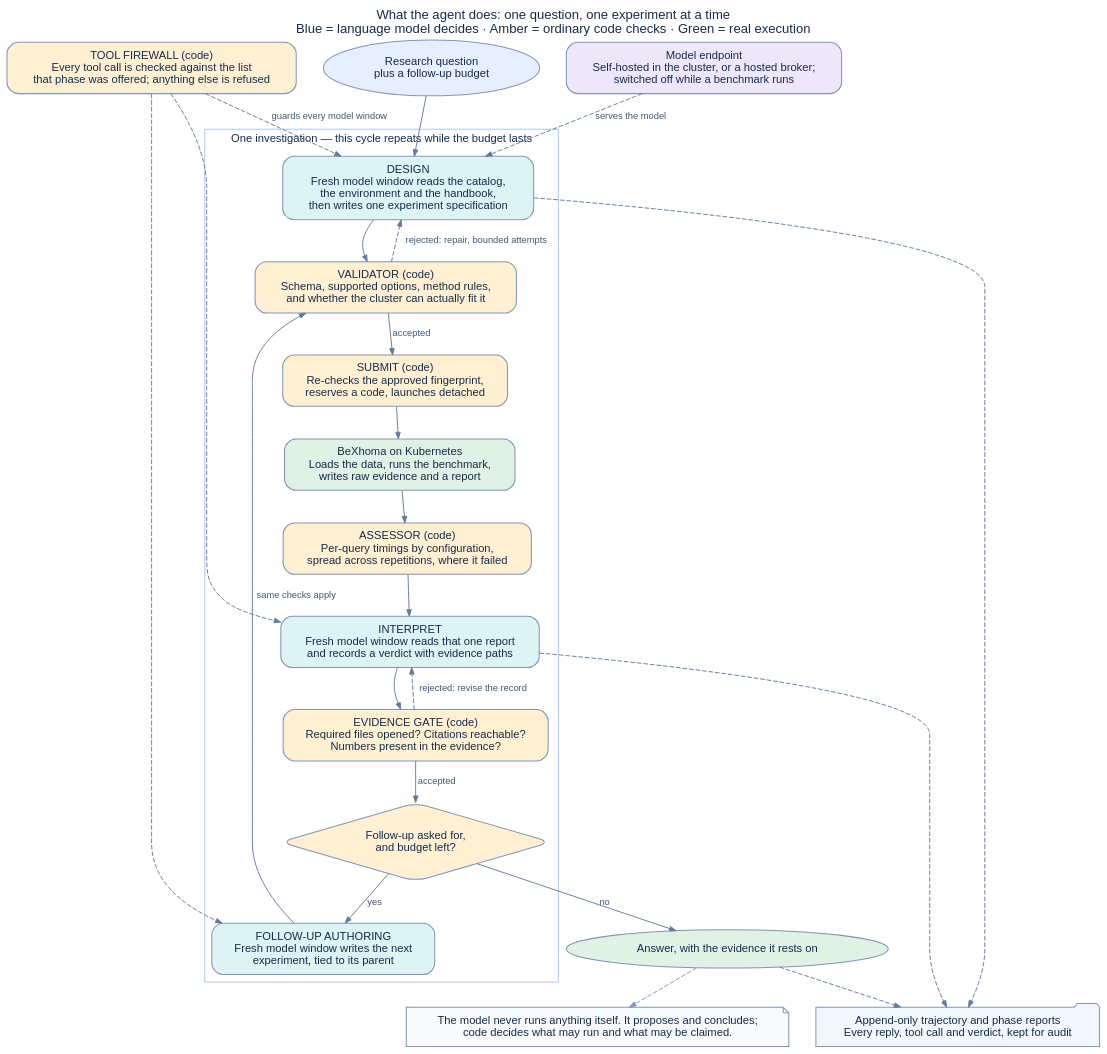
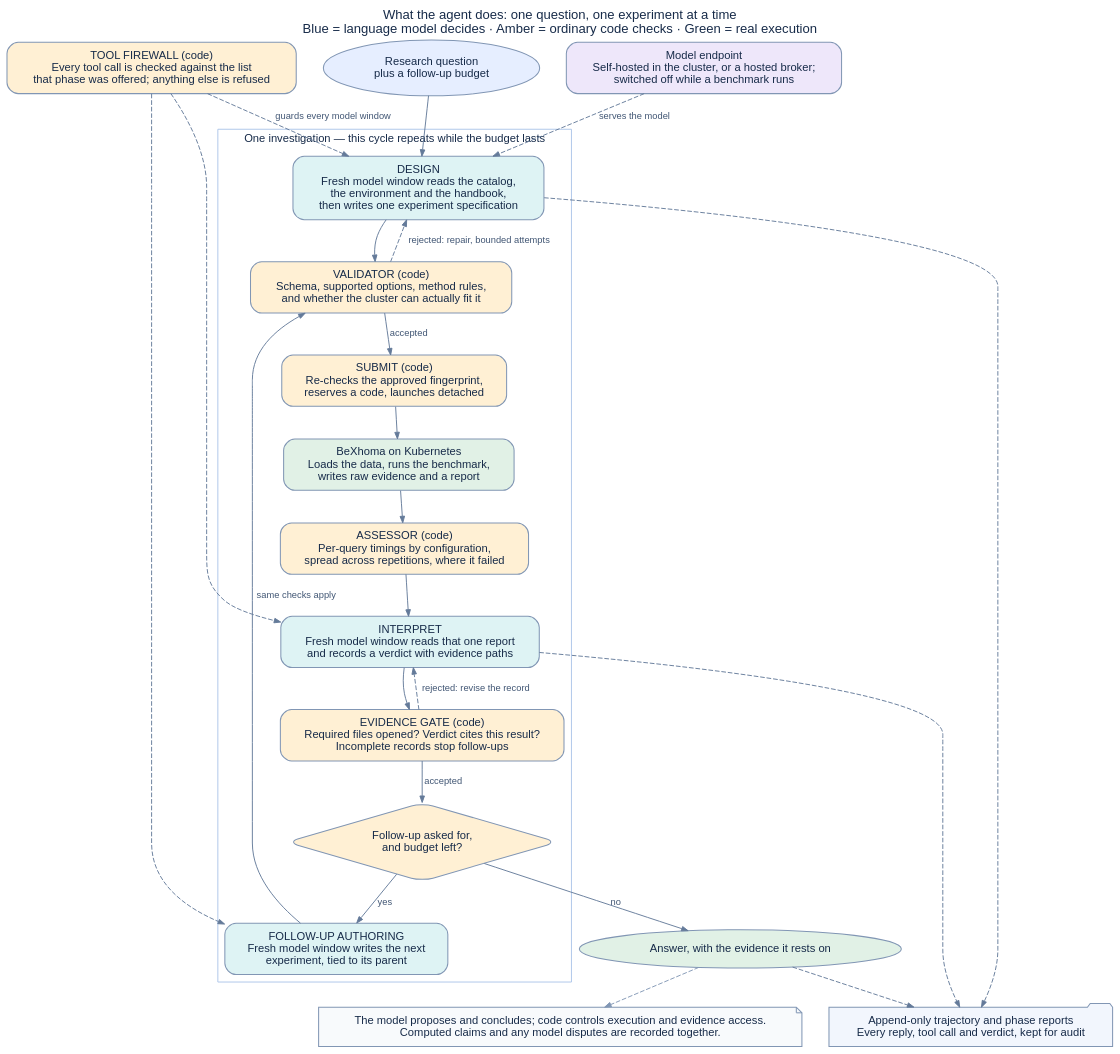
One commit to Beuth-Erdelt/Benchmark-Experiment-Host-Manager changed the diagram in agent/diagrams/agent-overview.dot. Above: the diagram before and after it, drawn with Graphviz. The commit also changed 12 other files, not shown here.

```diff
--- a/agent/diagrams/agent-overview.dot
+++ b/agent/diagrams/agent-overview.dot
@@ -1,60 +1,60 @@
 digraph AgentOverview {
 graph [bgcolor="transparent", pad="0.25", nodesep="0.40", ranksep="0.46", fontname="Helvetica", fontsize=13, compound=true];
 node [shape=box, style="rounded,filled", fillcolor="#F2F6FD", color="#8196B4", fontcolor="#172B49", fontname="Helvetica", fontsize=12, margin="0.16,0.11", penwidth=1.1];
 edge [color="#647A99", fontcolor="#415674", fontname="Helvetica", fontsize=10, arrowsize=0.7];
 
     rankdir=TB;
     labelloc="t";
     label="What the agent does: one question, one experiment at a time\nBlue = language model decides · Amber = ordinary code checks · Green = real execution\n";
     fontsize=14;
     fontcolor="#172B49";
 
     question [label="Research question\nplus a follow-up budget", shape=oval, fillcolor="#E6EEFF"];
 
     // The model only ever sees a phase's own window; code carries state between them.
     subgraph cluster_loop {
       label="One investigation — this cycle repeats while the budget lasts";
       color="#ACC4E9"; fontsize=12;
 
       design [label="DESIGN\nFresh model window reads the catalog,\nthe environment and the handbook,\nthen writes one experiment specification", fillcolor="#DEF3F4"];
       validate [label="VALIDATOR (code)\nSchema, supported options, method rules,\nand whether the cluster can actually fit it", fillcolor="#FFF0D4"];
       submit [label="SUBMIT (code)\nRe-checks the approved fingerprint,\nreserves a code, launches detached", fillcolor="#FFF0D4"];
       execute [label="BeXhoma on Kubernetes\nLoads the data, runs the benchmark,\nwrites raw evidence and a report", fillcolor="#E1F1E6"];
       assess [label="ASSESSOR (code)\nPer-query timings by configuration,\nspread across repetitions, where it failed", fillcolor="#FFF0D4"];
       interpret [label="INTERPRET\nFresh model window reads that one report\nand records a verdict with evidence paths", fillcolor="#DEF3F4"];
-      gate [label="EVIDENCE GATE (code)\nRequired files opened? Citations reachable?\nNumbers present in the evidence?", fillcolor="#FFF0D4"];
+      gate [label="EVIDENCE GATE (code)\nRequired files opened? Verdict cites this result?\nIncomplete records stop follow-ups", fillcolor="#FFF0D4"];
       decide [label="Follow-up asked for,\nand budget left?", shape=diamond, fillcolor="#FFF0D4"];
       author [label="FOLLOW-UP AUTHORING\nFresh model window writes the next\nexperiment, tied to its parent", fillcolor="#DEF3F4"];
 
       design -> validate;
       validate -> design [label="rejected: repair, bounded attempts", style=dashed];
       validate -> submit [label="accepted"];
       submit -> execute;
       execute -> assess;
       assess -> interpret;
       interpret -> gate;
       gate -> interpret [label="rejected: revise the record", style=dashed];
       gate -> decide [label="accepted"];
       decide -> author [label="yes"];
       author -> validate [label="same checks apply"];
     }
 
     answer [label="Answer, with the evidence it rests on", shape=oval, fillcolor="#E1F1E6"];
     firewall [label="TOOL FIREWALL (code)\nEvery tool call is checked against the list\nthat phase was offered; anything else is refused", fillcolor="#FFF0D4"];
     endpoint [label="Model endpoint\nSelf-hosted in the cluster, or a hosted broker;\nswitched off while a benchmark runs", fillcolor="#EEE7FA"];
     record [label="Append-only trajectory and phase reports\nEvery reply, tool call and verdict, kept for audit", shape=folder];
 
     question -> design;
     decide -> answer [label="no"];
 
     firewall -> design [style=dashed, label="guards every model window"];
     firewall -> interpret [style=dashed];
     firewall -> author [style=dashed];
     endpoint -> design [style=dashed, label="serves the model"];
     design -> record [style=dashed];
     interpret -> record [style=dashed];
     answer -> record [style=dashed];
 
-    note [label="The model never runs anything itself. It proposes and concludes;\ncode decides what may run and what may be claimed.", shape=note, fillcolor="#F8FAFC"];
+    note [label="The model proposes and concludes; code controls execution and evidence access.\nComputed claims and any model disputes are recorded together.", shape=note, fillcolor="#F8FAFC"];
     answer -> note [style=dashed, color="#8196B4"];
 }
```
